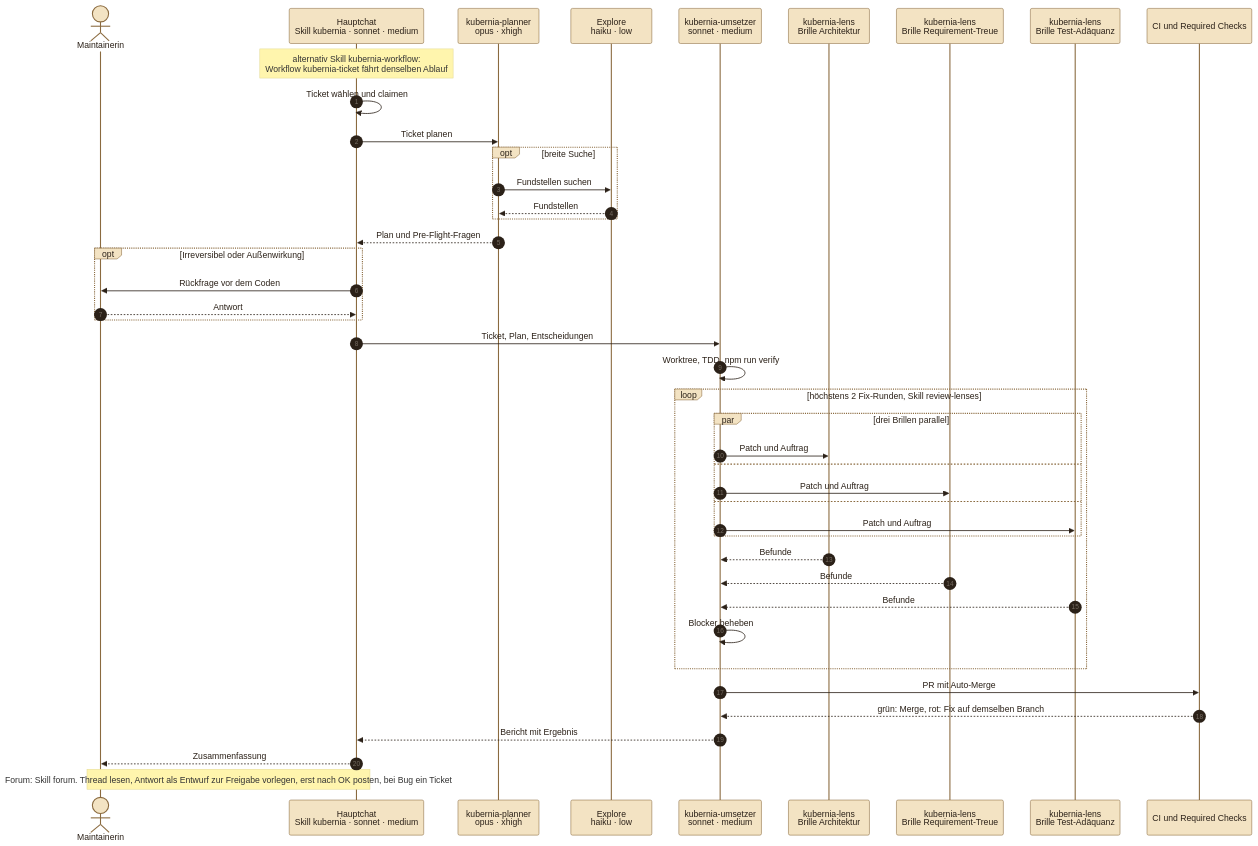
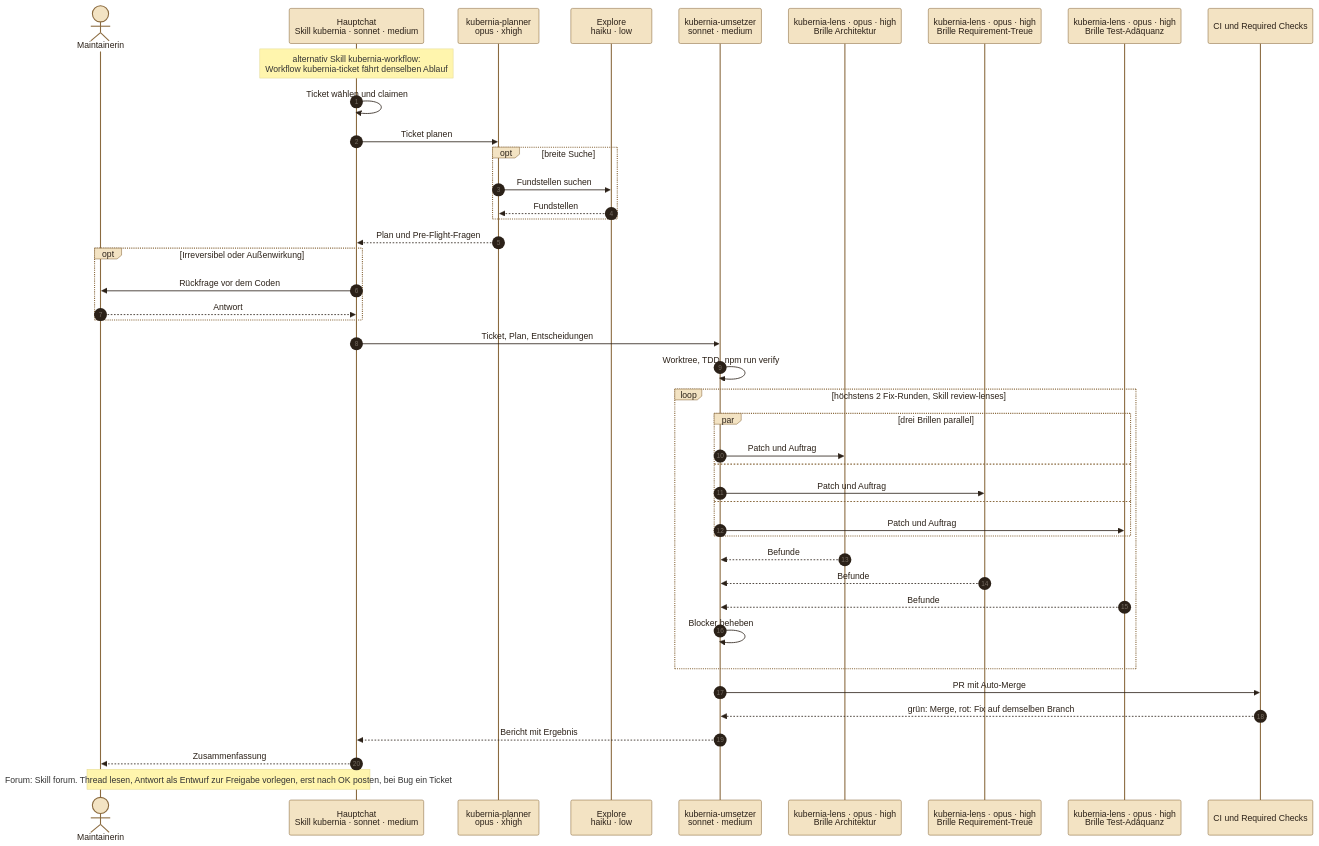
Before and after one commit to fluffels/kubernia: the second of 3 diagrams in docs/agent-harness.md, drawn with Mermaid. The commit also changed other lines of this file and 6 other files, not shown here.

First line of the commit message:
fix(harness): Lens-Modelle, Worktree-Reihenfolge, CRLF-Test, Job-Namen (#1369)

````diff
--- a/docs/agent-harness.md
+++ b/docs/agent-harness.md
@@ -316,57 +317,57 @@
 ```mermaid
 ---
 config:
   theme: base
   look: classic
   layout: dagre
   themeVariables:
     lineColor: "#8b949e"
     primaryColor: "#f3e3c3"
     primaryTextColor: "#2b2118"
     primaryBorderColor: "#8a6a3f"
 ---
 sequenceDiagram
   autonumber
   actor M as Maintainerin
   participant H as Hauptchat<br/>Skill kubernia · sonnet · medium
   participant P as kubernia-planner<br/>opus · xhigh
   participant E as Explore<br/>haiku · low
   participant U as kubernia-umsetzer<br/>sonnet · medium
-  participant L1 as kubernia-lens<br/>Brille Architektur
-  participant L2 as kubernia-lens<br/>Brille Requirement-Treue
-  participant L3 as kubernia-lens<br/>Brille Test-Adäquanz
+  participant L1 as kubernia-lens · opus · high<br/>Brille Architektur
+  participant L2 as kubernia-lens · opus · high<br/>Brille Requirement-Treue
+  participant L3 as kubernia-lens · opus · high<br/>Brille Test-Adäquanz
   participant CI as CI und Required Checks
 
   Note over H: alternativ Skill kubernia-workflow:<br/>Workflow kubernia-ticket fährt denselben Ablauf
   H->>H: Ticket wählen und claimen
   H->>P: Ticket planen
   opt breite Suche
     P->>E: Fundstellen suchen
     E-->>P: Fundstellen
   end
   P-->>H: Plan und Pre-Flight-Fragen
   opt Irreversibel oder Außenwirkung
     H->>M: Rückfrage vor dem Coden
     M-->>H: Antwort
   end
   H->>U: Ticket, Plan, Entscheidungen
   U->>U: Worktree, TDD, npm run verify
   loop höchstens 2 Fix-Runden, Skill review-lenses
     par drei Brillen parallel
       U->>L1: Patch und Auftrag
     and
       U->>L2: Patch und Auftrag
     and
       U->>L3: Patch und Auftrag
     end
     L1-->>U: Befunde
     L2-->>U: Befunde
     L3-->>U: Befunde
     U->>U: Blocker beheben
   end
   U->>CI: PR mit Auto-Merge
   CI-->>U: grün: Merge, rot: Fix auf demselben Branch
   U-->>H: Bericht mit Ergebnis
   H-->>M: Zusammenfassung
   Note over M,H: Forum: Skill forum. Thread lesen, Antwort als Entwurf zur Freigabe vorlegen, erst nach OK posten, bei Bug ein Ticket
 ```
````
